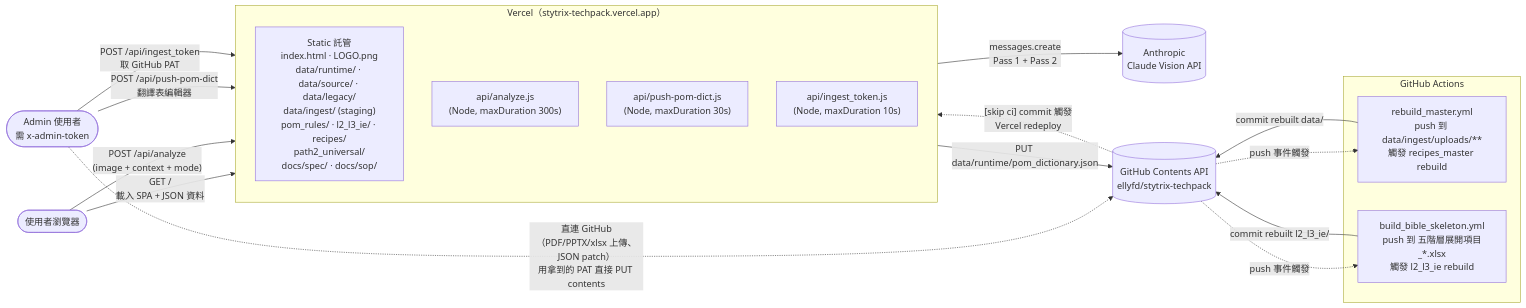
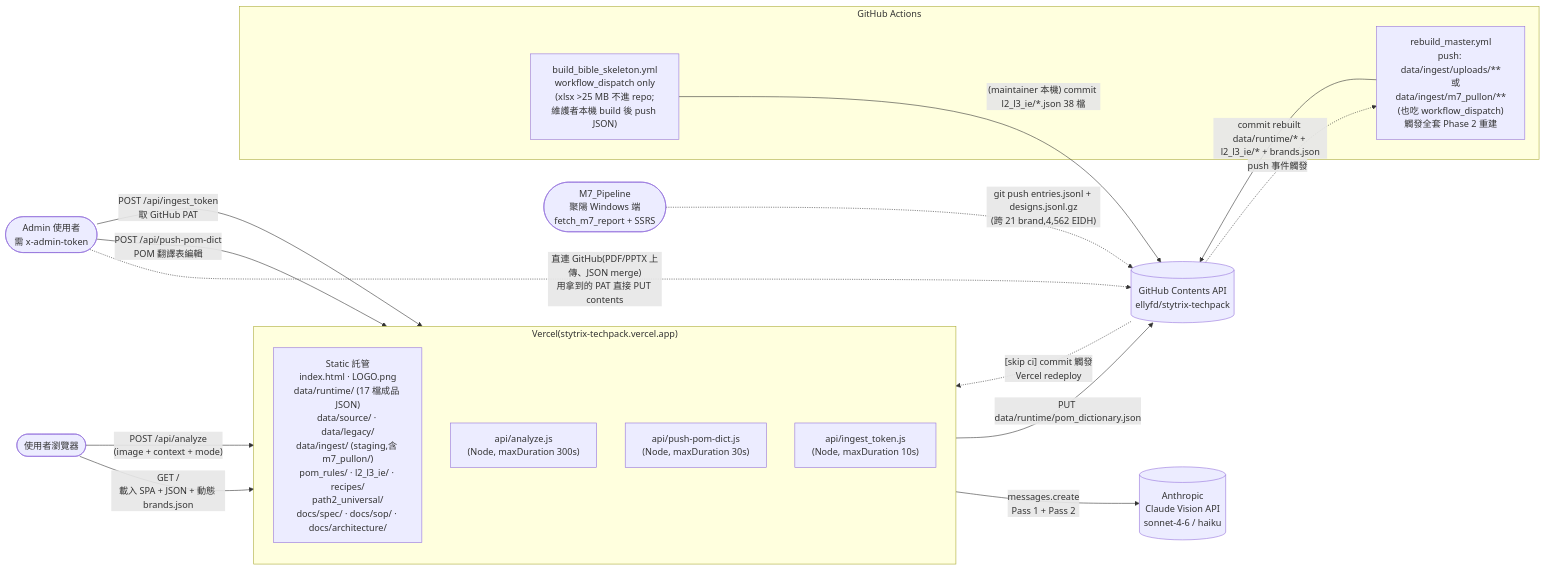
One commit to ellyfd/stytrix-techpack changed the first of 4 diagrams in docs/spec/網站架構圖.md. Above: the diagram before and after it, drawn with Mermaid. The commit also changed other lines of this file, not shown here.

First line of the commit message:
docs(網站架構圖): 重寫到 2026-05-11 快照,對齊 Phase 2 全景 + filterBibleByCategory

````diff
--- a/docs/spec/網站架構圖.md
+++ b/docs/spec/網站架構圖.md
@@ -10,37 +13,39 @@
 ```mermaid
 flowchart LR
   U([使用者瀏覽器])
   Admin([Admin 使用者<br/>需 x-admin-token])
+  M7([M7_Pipeline<br/>聚陽 Windows 端<br/>fetch_m7_report + SSRS])
 
-  subgraph Vercel["Vercel（stytrix-techpack.vercel.app）"]
+  subgraph Vercel["Vercel(stytrix-techpack.vercel.app)"]
     direction TB
-    SS["Static 託管<br/>index.html · LOGO.png<br/>data/runtime/ · data/source/ · data/legacy/<br/>data/ingest/ (staging)<br/>pom_rules/ · l2_l3_ie/ · recipes/<br/>path2_universal/<br/>docs/spec/ · docs/sop/"]
+    SS["Static 託管<br/>index.html · LOGO.png<br/>data/runtime/ (17 檔成品 JSON)<br/>data/source/ · data/legacy/<br/>data/ingest/ (staging,含 m7_pullon/)<br/>pom_rules/ · l2_l3_ie/ · recipes/<br/>path2_universal/<br/>docs/spec/ · docs/sop/ · docs/architecture/"]
     F1["api/analyze.js<br/>(Node, maxDuration 300s)"]
     F2["api/push-pom-dict.js<br/>(Node, maxDuration 30s)"]
     F3["api/ingest_token.js<br/>(Node, maxDuration 10s)"]
   end
 
-  CV[(Anthropic<br/>Claude Vision API)]
+  CV[(Anthropic<br/>Claude Vision API<br/>sonnet-4-6 / haiku)]
   GH[(GitHub Contents API<br/>ellyfd/stytrix-techpack)]
 
   subgraph Actions["GitHub Actions"]
-    A1["rebuild_master.yml<br/>push 到 data/ingest/uploads/**<br/>觸發 recipes_master rebuild"]
-    A2["build_bible_skeleton.yml<br/>push 到 五階層展開項目_*.xlsx<br/>觸發 l2_l3_ie rebuild"]
+    A1["rebuild_master.yml<br/>push: data/ingest/uploads/**<br/>     或 data/ingest/m7_pullon/**<br/>(也吃 workflow_dispatch)<br/>觸發全套 Phase 2 重建"]
+    A2["build_bible_skeleton.yml<br/>workflow_dispatch only<br/>(xlsx >25 MB 不進 repo;<br/>維護者本機 build 後 push JSON)"]
   end
 
-  U -- "GET /<br/>載入 SPA + JSON 資料" --> SS
+  U -- "GET /<br/>載入 SPA + JSON + 動態 brands.json" --> SS
   U -- "POST /api/analyze<br/>(image + context + mode)" --> F1
 
-  Admin -- "POST /api/push-pom-dict<br/>翻譯表編輯器" --> F2
+  Admin -- "POST /api/push-pom-dict<br/>POM 翻譯表編輯" --> F2
   Admin -- "POST /api/ingest_token<br/>取 GitHub PAT" --> F3
-  Admin -. "直連 GitHub（PDF/PPTX/xlsx 上傳、JSON patch）<br/>用拿到的 PAT 直接 PUT contents" .-> GH
+  Admin -. "直連 GitHub(PDF/PPTX 上傳、JSON merge)<br/>用拿到的 PAT 直接 PUT contents" .-> GH
+
+  M7 -. "git push entries.jsonl + designs.jsonl.gz<br/>(跨 21 brand,4,562 EIDH)" .-> GH
 
   F1 -- "messages.create<br/>Pass 1 + Pass 2" --> CV
   F2 -- "PUT data/runtime/pom_dictionary.json" --> GH
 
   GH -. "push 事件觸發" .-> A1
-  GH -. "push 事件觸發" .-> A2
-  A1 -- "commit rebuilt data/" --> GH
-  A2 -- "commit rebuilt l2_l3_ie/" --> GH
+  A1 -- "commit rebuilt data/runtime/* + l2_l3_ie/* + brands.json" --> GH
+  A2 -- "(maintainer 本機) commit l2_l3_ie/*.json 38 檔" --> GH
   GH -. "[skip ci] commit 觸發<br/>Vercel redeploy" .-> Vercel
 ```
````
